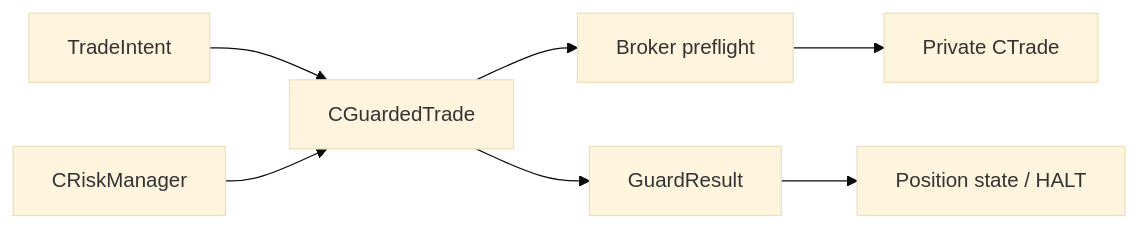
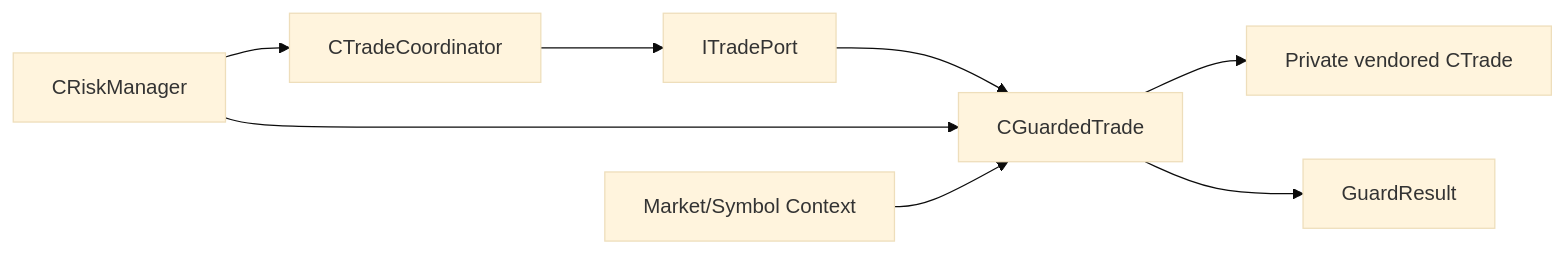
The diagram in docs/06_SPEC/SPEC-03_guarded_execution_and_risk_controls/SPEC-03_guarded_execution_and_risk_controls.readable.md (phbrgnomo/TradeSpine), drawn with Mermaid (base theme) before and after one commit. The commit also changed other lines of this file and 57 other files, not shown here.

````diff
--- a/docs/06_SPEC/SPEC-03_guarded_execution_and_risk_controls/SPEC-03_guarded_execution_and_risk_controls.readable.md
+++ b/docs/06_SPEC/SPEC-03_guarded_execution_and_risk_controls/SPEC-03_guarded_execution_and_risk_controls.readable.md
@@ -20,9 +21,10 @@
 ```mermaid
 flowchart LR
-  Intent["TradeIntent"] --> Guard["CGuardedTrade"]
-  Risk["CRiskManager"] --> Guard
-  Guard --> Preflight["Broker preflight"]
-  Preflight --> CTrade["Private CTrade"]
+  Coord["CTradeCoordinator"] --> Port["ITradePort"]
+  Port --> Guard["CGuardedTrade"]
+  Risk["CRiskManager"] --> Coord["CTradeCoordinator"]
+  Risk --> Guard
+  Market["Market/Symbol Context"] --> Guard
+  Guard --> Vendored["Private vendored CTrade"]
   Guard --> Result["GuardResult"]
-  Result --> State["Position state / HALT"]
 ```
````
